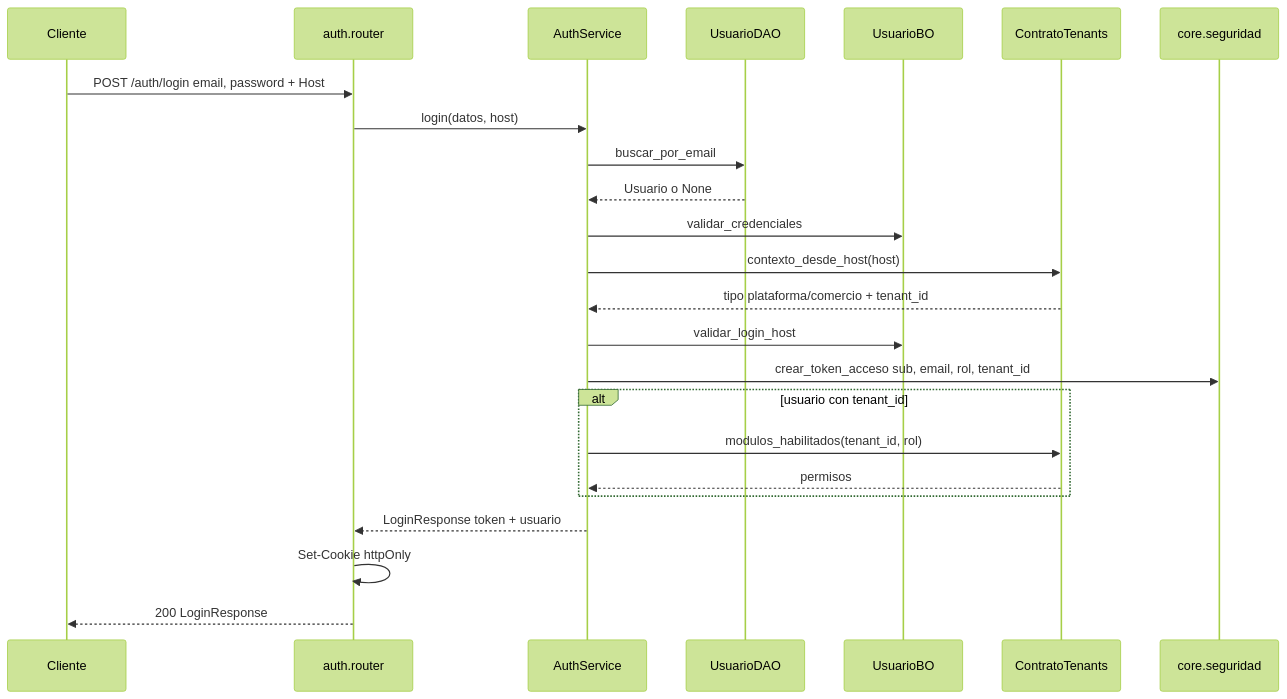
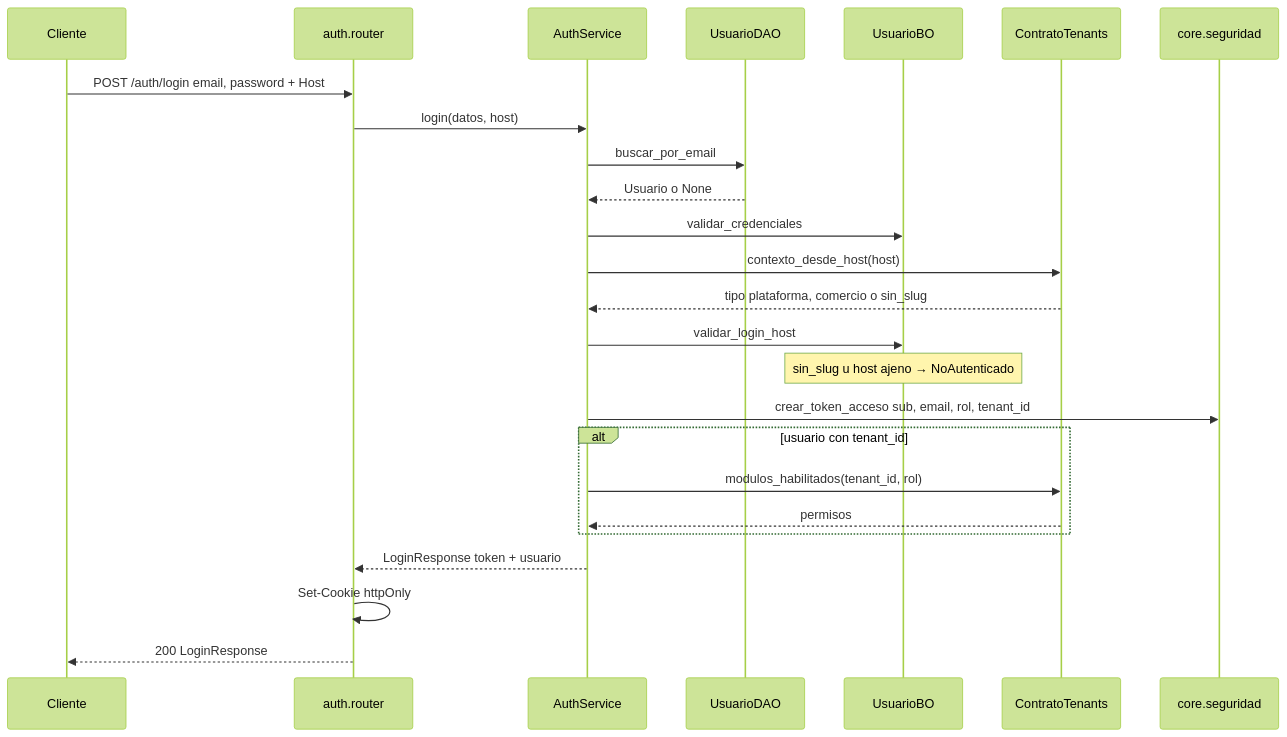
The diagram in docs/diagramas/auth.md (estsan3/ventas360-api), drawn with Mermaid (forest theme) before and after one commit. The commit also changed other lines of this file and 21 other files, not shown here.

First line of the commit message:
docs: diagramas de secuencia por módulo (sync 2026-09-25)

````diff
--- a/docs/diagramas/auth.md
+++ b/docs/diagramas/auth.md
@@ -8,27 +8,28 @@
 ```mermaid
 sequenceDiagram
     participant Cliente
     participant Router as auth.router
     participant Service as AuthService
     participant DAO as UsuarioDAO
     participant BO as UsuarioBO
     participant Tenants as ContratoTenants
     participant JWT as core.seguridad
 
     Cliente->>Router: POST /auth/login email, password + Host
     Router->>Service: login(datos, host)
     Service->>DAO: buscar_por_email
     DAO-->>Service: Usuario o None
     Service->>BO: validar_credenciales
     Service->>Tenants: contexto_desde_host(host)
-    Tenants-->>Service: tipo plataforma/comercio + tenant_id
+    Tenants-->>Service: tipo plataforma, comercio o sin_slug
     Service->>BO: validar_login_host
+    Note over BO: sin_slug u host ajeno → NoAutenticado
     Service->>JWT: crear_token_acceso sub, email, rol, tenant_id
     alt usuario con tenant_id
         Service->>Tenants: modulos_habilitados(tenant_id, rol)
         Tenants-->>Service: permisos
     end
     Service-->>Router: LoginResponse token + usuario
     Router->>Router: Set-Cookie httpOnly
     Router-->>Cliente: 200 LoginResponse
 ```
````
